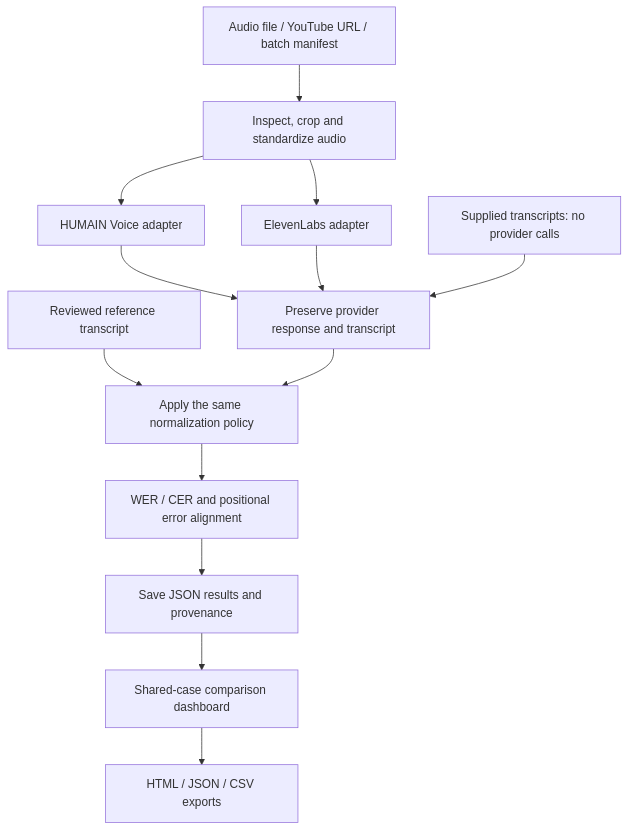
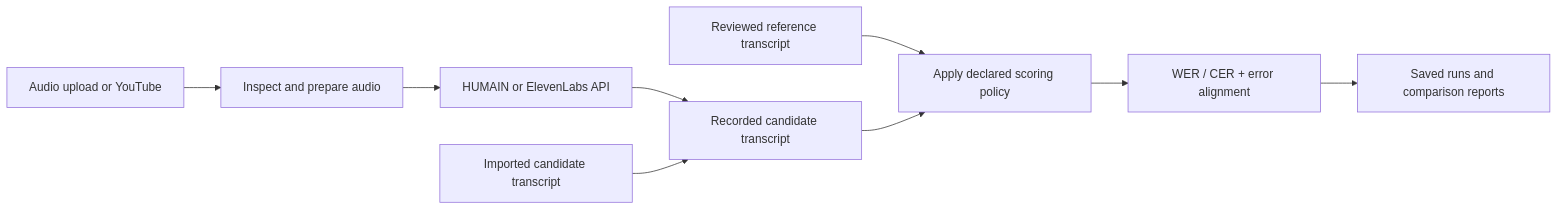
One commit to momaoalo/ASR-Evaluation changed the diagram in README.md. Above: the diagram before and after it, drawn with Mermaid. The commit also changed other lines of this file, not shown here.

````diff
--- a/README.md
+++ b/README.md
@@ -39,15 +41,11 @@
 ```mermaid
-flowchart TD
-    A[Audio file / YouTube URL / batch manifest] --> B[Inspect, crop and standardize audio]
-    B --> C[HUMAIN Voice adapter]
-    B --> D[ElevenLabs adapter]
-    C --> E[Preserve provider response and transcript]
-    D --> E
-    F[Supplied transcripts: no provider calls] --> E
-    G[Reviewed reference transcript] --> H[Apply the same normalization policy]
-    E --> H
-    H --> I[WER / CER and positional error alignment]
-    I --> J[Save JSON results and provenance]
-    J --> K[Shared-case comparison dashboard]
-    K --> L[HTML / JSON / CSV exports]
+flowchart LR
+    A[Audio upload or YouTube] --> B[Inspect and prepare audio]
+    B --> C[HUMAIN or ElevenLabs API]
+    C --> E[Recorded candidate transcript]
+    D[Imported candidate transcript] --> E
+    R[Reviewed reference transcript] --> F[Apply declared scoring policy]
+    E --> F
+    F --> G[WER / CER + error alignment]
+    G --> H[Saved runs and comparison reports]
 ```
````
